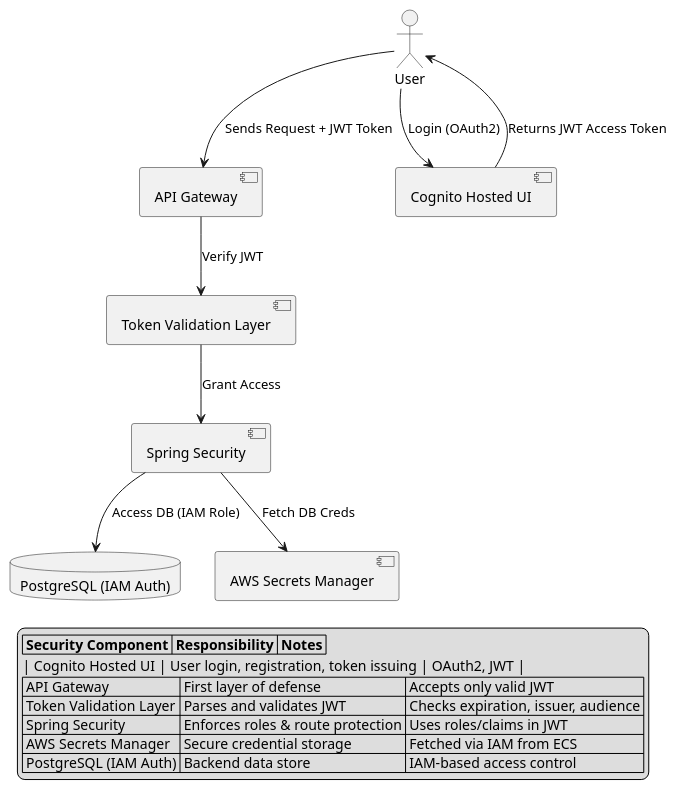
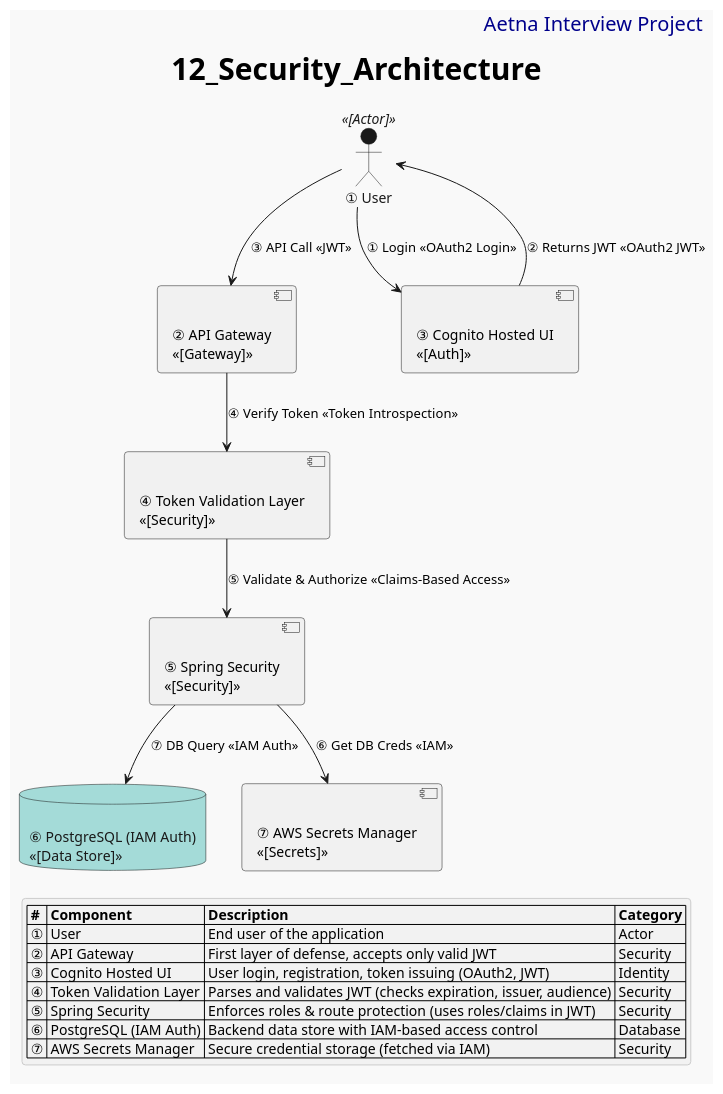
The diagram in 03_Architecture_Design/03_12_Security_Architecture_Overview.puml (amramedworkin/Aetna-Interview-Solution), drawn with PlantUML before and after one commit. The commit also changed 7 other files, not shown here.

```diff
--- a/03_Architecture_Design/03_12_Security_Architecture_Overview.puml
+++ b/03_Architecture_Design/03_12_Security_Architecture_Overview.puml
@@ -1,31 +1,43 @@
-@startuml SecurityArchitecture
+@startuml 12_Security_Architecture
+!theme mars
 
-actor "User"
-component "API Gateway"
-component "Cognito Hosted UI"
-component "Token Validation Layer"
-component "Spring Security"
-database "PostgreSQL (IAM Auth)"
-component "AWS Secrets Manager"
+skinparam HeaderFontSize 20
+skinparam HeaderFontColor #00008B
+header Aetna Interview Project
 
-User --> "Cognito Hosted UI" : Login (OAuth2)
-"Cognito Hosted UI" --> User : Returns JWT Access Token
+skinparam titleFontSize 30
+title 12_Security_Architecture
 
-User --> "API Gateway" : Sends Request + JWT Token
-"API Gateway" --> "Token Validation Layer" : Verify JWT
-"Token Validation Layer" --> "Spring Security" : Grant Access
+skinparam LegendBackgroundColor #F2F2F2
+skinparam LegendBorderColor #CCCCCC
 
-"Spring Security" --> "AWS Secrets Manager" : Fetch DB Creds
-"Spring Security" --> "PostgreSQL (IAM Auth)" : Access DB (IAM Role)
+actor "① User" as User <<[Actor]>>
+component "② API Gateway\n<<[Gateway]>>" as APIGateway << (A, #ADD8E6) >>
+component "③ Cognito Hosted UI\n<<[Auth]>>" as CognitoUI << (A, #ADD8E6) >>
+component "④ Token Validation Layer\n<<[Security]>>" as TokenValidator << (A, #ADD8E6) >>
+component "⑤ Spring Security\n<<[Security]>>" as SpringSecurity << (A, #ADD8E6) >>
+database "⑥ PostgreSQL (IAM Auth)\n<<[Data Store]>>" as PostgreSQL << (D, #8FBC8F) >>
+component "⑦ AWS Secrets Manager\n<<[Secrets]>>" as SecretsManager << (S, #FFA07A) >>
 
-legend right
-|= Security Component |= Responsibility |= Notes |
-| Cognito Hosted UI | User login, registration, token issuing | OAuth2, JWT | 
-| API Gateway | First layer of defense | Accepts only valid JWT |
-| Token Validation Layer | Parses and validates JWT | Checks expiration, issuer, audience |
-| Spring Security | Enforces roles & route protection | Uses roles/claims in JWT |
-| AWS Secrets Manager | Secure credential storage | Fetched via IAM from ECS |
-| PostgreSQL (IAM Auth) | Backend data store | IAM-based access control |
+' -- Flow with Stereotypes --
+User --> CognitoUI : ① Login <<OAuth2 Login>>
+CognitoUI --> User : ② Returns JWT <<OAuth2 JWT>>
+
+User --> APIGateway : ③ API Call <<JWT>>
+APIGateway --> TokenValidator : ④ Verify Token <<Token Introspection>>
+TokenValidator --> SpringSecurity : ⑤ Validate & Authorize <<Claims-Based Access>>
+
+SpringSecurity --> SecretsManager : ⑥ Get DB Creds <<IAM>>
+SpringSecurity --> PostgreSQL : ⑦ DB Query <<IAM Auth>>
+
+legend bottom
+|= # |= Component |= Description |= Category |
+| ① | User | End user of the application | Actor |
+| ② | API Gateway | First layer of defense, accepts only valid JWT | Security |
+| ③ | Cognito Hosted UI | User login, registration, token issuing (OAuth2, JWT) | Identity |
+| ④ | Token Validation Layer | Parses and validates JWT (checks expiration, issuer, audience) | Security |
+| ⑤ | Spring Security | Enforces roles & route protection (uses roles/claims in JWT) | Security |
+| ⑥ | PostgreSQL (IAM Auth) | Backend data store with IAM-based access control | Database |
+| ⑦ | AWS Secrets Manager | Secure credential storage (fetched via IAM) | Security |
 endlegend
-
 @enduml
```
